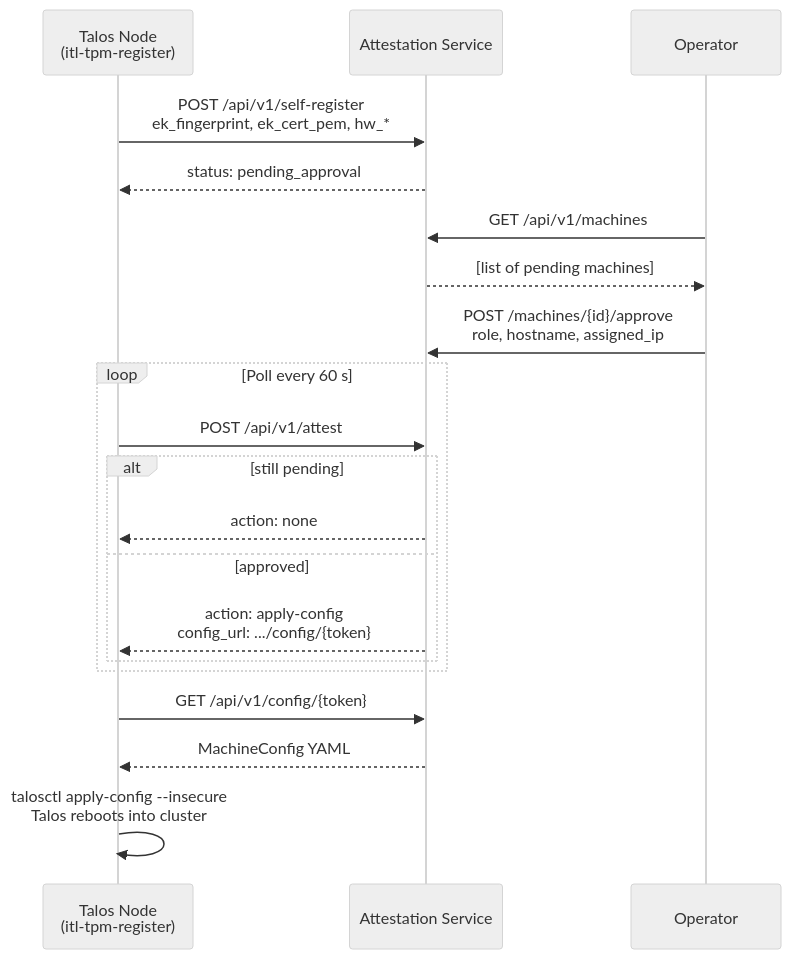
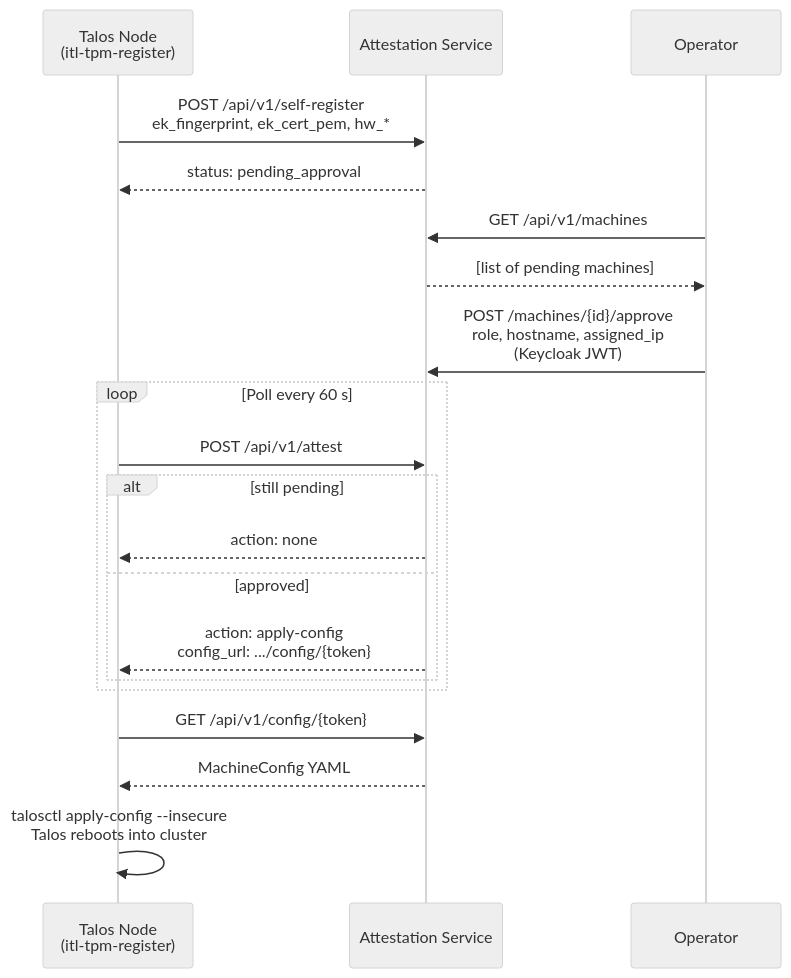
Before and after one commit to ITlusions/ITL.ControlPlane.Attestation: the third of 6 diagrams in docs/ARCHITECTURE.md, drawn with Mermaid (neutral theme). The commit also changed other lines of this file and 4 other files, not shown here.

````diff
--- a/docs/ARCHITECTURE.md
+++ b/docs/ARCHITECTURE.md
@@ -155,26 +196,26 @@
 ```mermaid
 sequenceDiagram
   participant Node as Talos Node<br/>(itl-tpm-register)
   participant Svc  as Attestation Service
   participant Op   as Operator
 
   Node->>Svc: POST /api/v1/self-register<br/>ek_fingerprint, ek_cert_pem, hw_*
   Svc-->>Node: status: pending_approval
 
   Op->>Svc: GET /api/v1/machines
   Svc-->>Op: [list of pending machines]
-  Op->>Svc: POST /machines/{id}/approve<br/>role, hostname, assigned_ip
+  Op->>Svc: POST /machines/{id}/approve<br/>role, hostname, assigned_ip<br/>(Keycloak JWT)
 
   loop Poll every 60 s
     Node->>Svc: POST /api/v1/attest
     alt still pending
       Svc-->>Node: action: none
     else approved
       Svc-->>Node: action: apply-config<br/>config_url: .../config/{token}
     end
   end
 
   Node->>Svc: GET /api/v1/config/{token}
   Svc-->>Node: MachineConfig YAML
   Node->>Node: talosctl apply-config --insecure<br/>Talos reboots into cluster
 ```
````
